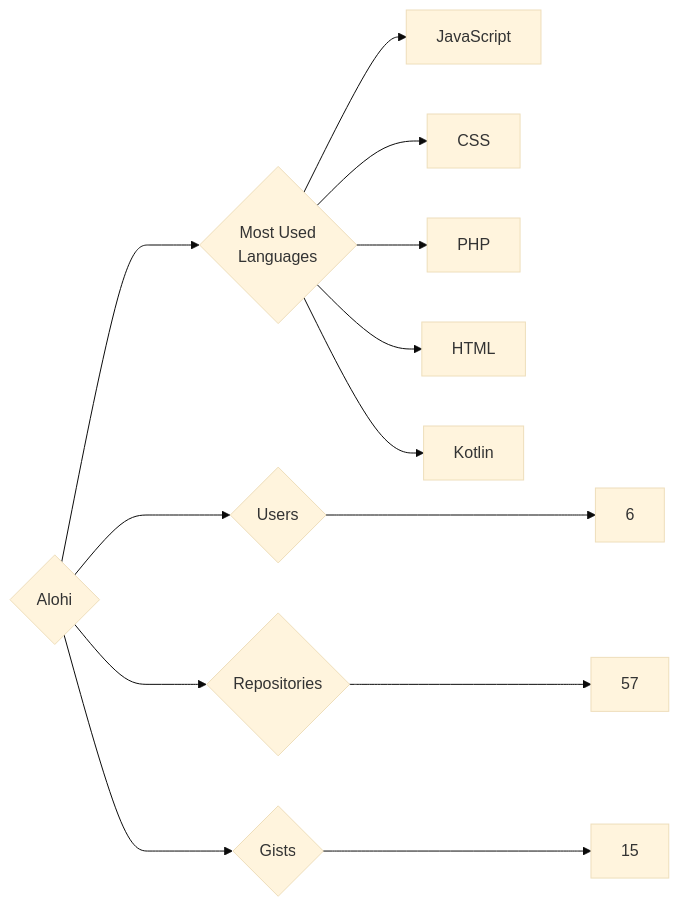
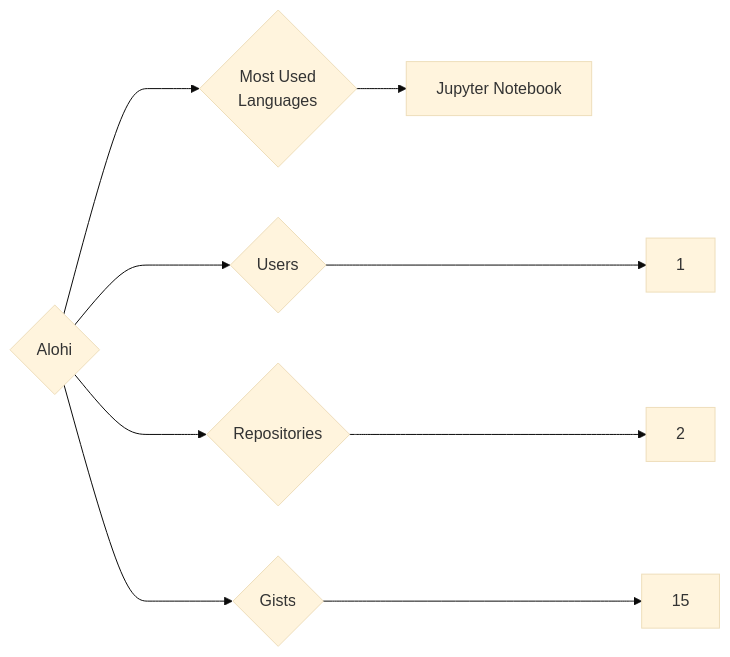
Before and after one commit to trickest/insiders: the diagram in targets/Alohi/README.md, drawn with Mermaid (base theme). The commit also changed 823 other files, not shown here.

````diff
--- a/targets/Alohi/README.md
+++ b/targets/Alohi/README.md
@@ -3,13 +3,9 @@
 ```mermaid
 graph LR
 COMPANY_NAME{Alohi}
-COMPANY_NAME ---> U{Users} ---> UN[6]
-COMPANY_NAME ---> R{Repositories} ---> RN[57]
+COMPANY_NAME ---> U{Users} ---> UN[1]
+COMPANY_NAME ---> R{Repositories} ---> RN[2]
 COMPANY_NAME ---> G{Gists} ---> GN[15]
 COMPANY_NAME ---> ML{Most Used<br>Languages}
-ML --> JavaScript[JavaScript]
-ML --> CSS[CSS]
-ML --> PHP[PHP]
-ML --> HTML[HTML]
-ML --> Kotlin[Kotlin]
+ML --> Jupyter_Notebook[Jupyter Notebook]
 ```
````
